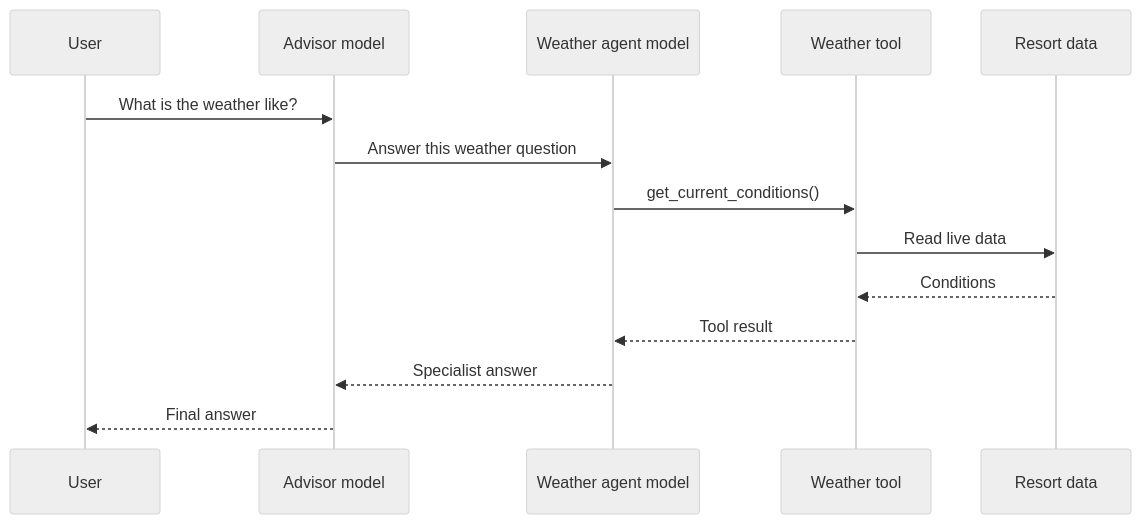
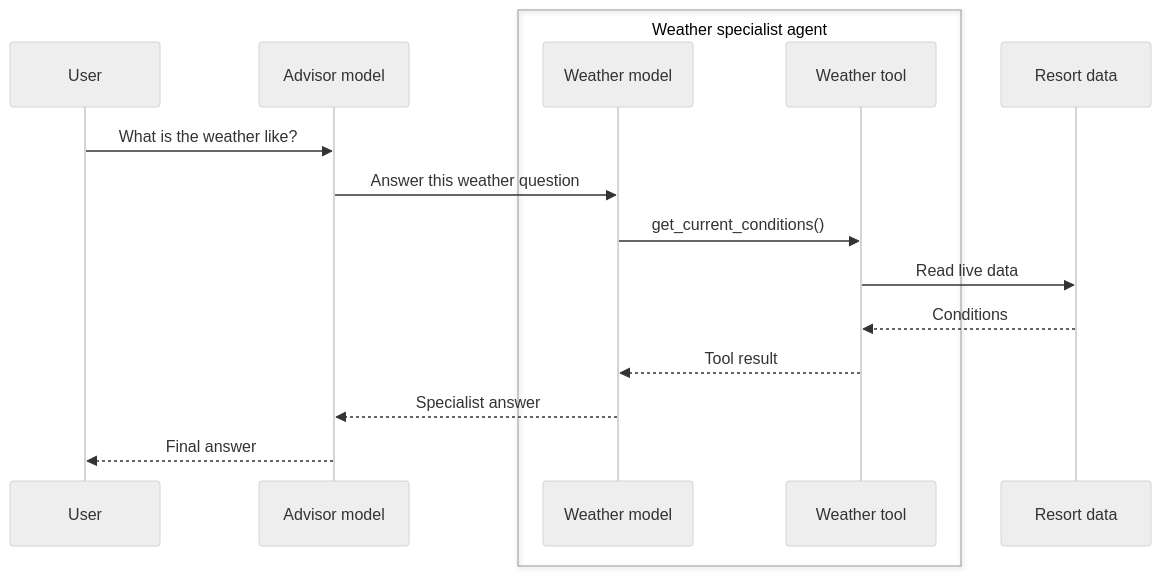
One commit to tommasodotNET/ski-resort-demo changed the first of 2 diagrams in BLOG_DISTRIBUTED_AGENT_SKILLS.md. Above: the diagram before and after it, drawn with Mermaid (neutral theme). The commit also changed other lines of this file, not shown here.

````diff
--- a/BLOG_DISTRIBUTED_AGENT_SKILLS.md
+++ b/BLOG_DISTRIBUTED_AGENT_SKILLS.md
@@ -27,16 +27,18 @@
 ```mermaid
 sequenceDiagram
     participant U as User
     participant O as Advisor model
-    participant A as Weather agent model
-    participant T as Weather tool
+    box Weather specialist agent
+        participant A as Weather model
+        participant T as Weather tool
+    end
     participant D as Resort data
     U->>O: What is the weather like?
     O->>A: Answer this weather question
     A->>T: get_current_conditions()
     T->>D: Read live data
     D-->>T: Conditions
     T-->>A: Tool result
     A-->>O: Specialist answer
     O-->>U: Final answer
 ```
````
